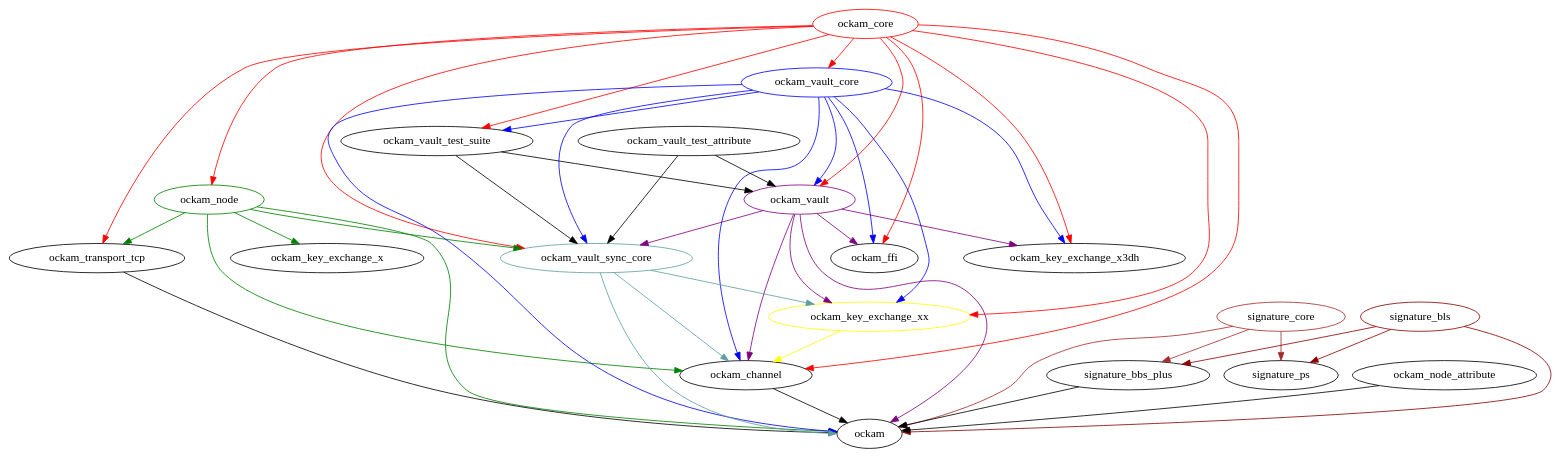
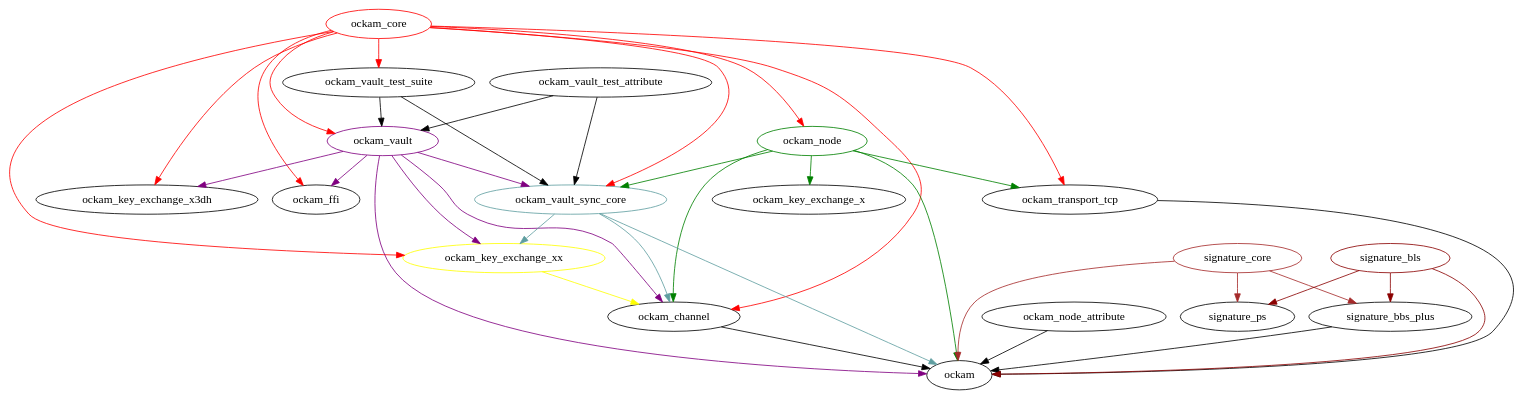
The diagram in documentation/architecture/diagrams/ockam-crate-use.dot (build-trust/ockam), drawn with Graphviz before and after one commit. The commit also changed 20 other files, not shown here.

```diff
--- a/documentation/architecture/diagrams/ockam-crate-use.dot
+++ b/documentation/architecture/diagrams/ockam-crate-use.dot
@@ -1,75 +1,64 @@
 digraph {
 ockam_core [color=red];
 ockam_core -> ockam_ffi [color=red];
 ockam_core -> ockam_key_exchange_x3dh [color=red];
 ockam_core -> ockam_key_exchange_xx [color=red];
 ockam_core -> ockam_channel [color=red];
 ockam_core -> ockam_node [color=red];
 ockam_core -> ockam_vault [color=red];
 ockam_core -> ockam_transport_tcp [color=red];
-ockam_core -> ockam_vault_core [color=red];
 ockam_core -> ockam_vault_sync_core [color=red];
 ockam_core -> ockam_vault_test_suite [color=red];
 
 ockam_key_exchange_xx [color=yellow];
 ockam_key_exchange_xx -> ockam_channel [color=yellow];
 
 ockam_node [color=green];
 ockam_node -> ockam [color=green];
 ockam_node -> ockam_key_exchange_x [color=green];
 ockam_node -> ockam_channel [color=green];
 ockam_node -> ockam_transport_tcp [color=green];
 ockam_node -> ockam_vault_sync_core [color=green];
-
-ockam_vault_core [color=blue];
-ockam_vault_core -> ockam [color=blue];
-ockam_vault_core -> ockam_ffi [color=blue];
-ockam_vault_core  -> ockam_key_exchange_x3dh [color=blue];
-ockam_vault_core -> ockam_channel [color=blue];
-ockam_vault_core  -> ockam_key_exchange_xx [color=blue];
-ockam_vault_core -> ockam_vault [color=blue];
-ockam_vault_core -> ockam_vault_sync_core [color=blue];
-ockam_vault_core -> ockam_vault_test_suite [color=blue];
 
 
 ockam_vault_sync_core [color=cadetblue];
 ockam_vault_sync_core -> ockam [color=cadetblue];
 ockam_vault_sync_core -> ockam_key_exchange_xx [color=cadetblue];
 ockam_vault_sync_core -> ockam_channel [color=cadetblue];
 
 ockam_vault [color=purple];
 ockam_vault -> ockam [color=purple];
 ockam_vault -> ockam_ffi [color=purple];
 ockam_vault -> ockam_key_exchange_x3dh [color=purple];
 ockam_vault -> ockam_key_exchange_xx [color=purple];
 ockam_vault -> ockam_channel [color=purple];
 ockam_vault -> ockam_vault_sync_core [color=purple];
 
 signature_core [color=brown];
 signature_core -> ockam [color=brown];
 signature_core -> signature_bbs_plus [color=brown];
 signature_core -> signature_ps [color=brown];
 
 signature_bls [color=darkred];
 signature_bls -> signature_bbs_plus [color=darkred];
 signature_bls -> signature_ps [color=darkred];
 signature_bls -> ockam [color=darkred];
 
 ockam_vault_test_suite -> ockam_vault;
 ockam_vault_test_suite -> ockam_vault_sync_core;
 
 ockam_vault_test_attribute -> ockam_vault;
 ockam_vault_test_attribute -> ockam_vault_sync_core;
 
 
 
 ockam_node_attribute -> ockam;
 
 ockam_transport_tcp -> ockam;
 
 ockam_channel -> ockam;
 
 signature_bbs_plus -> ockam;
 
 
 }
```
